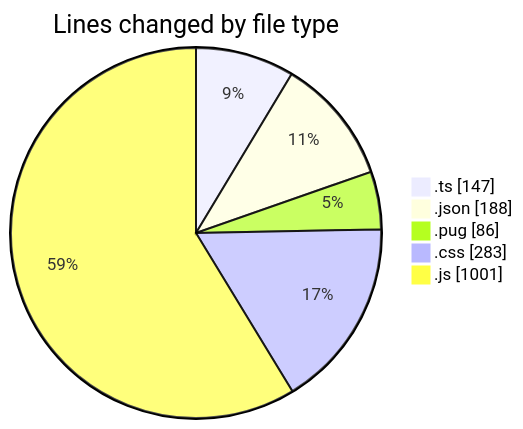
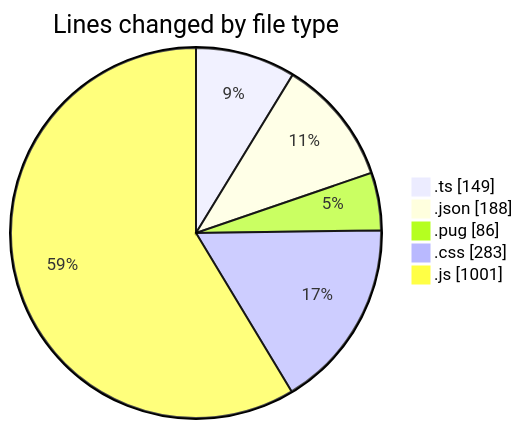
One commit to momahboobian/code-tracking changed the first of 2 diagrams in 2025-02-24/cda/README.md. Above: the diagram before and after it, drawn with Mermaid. The commit also changed other lines of this file and 1 other file, not shown here.

````diff
--- a/2025-02-24/cda/README.md
+++ b/2025-02-24/cda/README.md
@@ -35,9 +35,9 @@
 ```mermaid
 pie showData
 title Lines changed by file type
-".ts" : 147
+".ts" : 149
 ".json" : 188
 ".pug" : 86
 ".css" : 283
 ".js" : 1001
 ```
````
